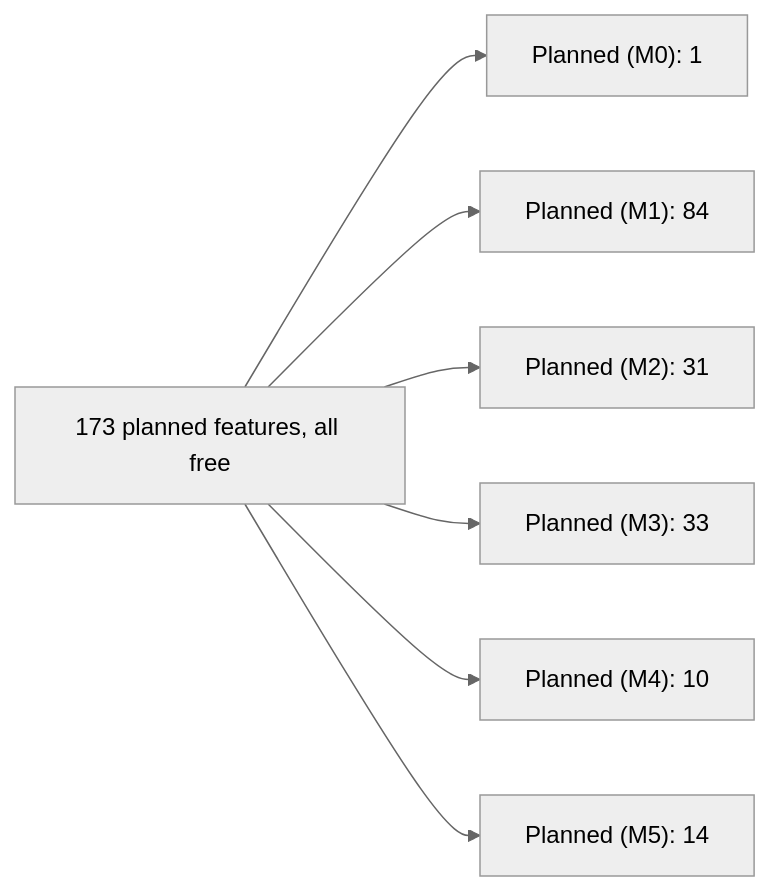
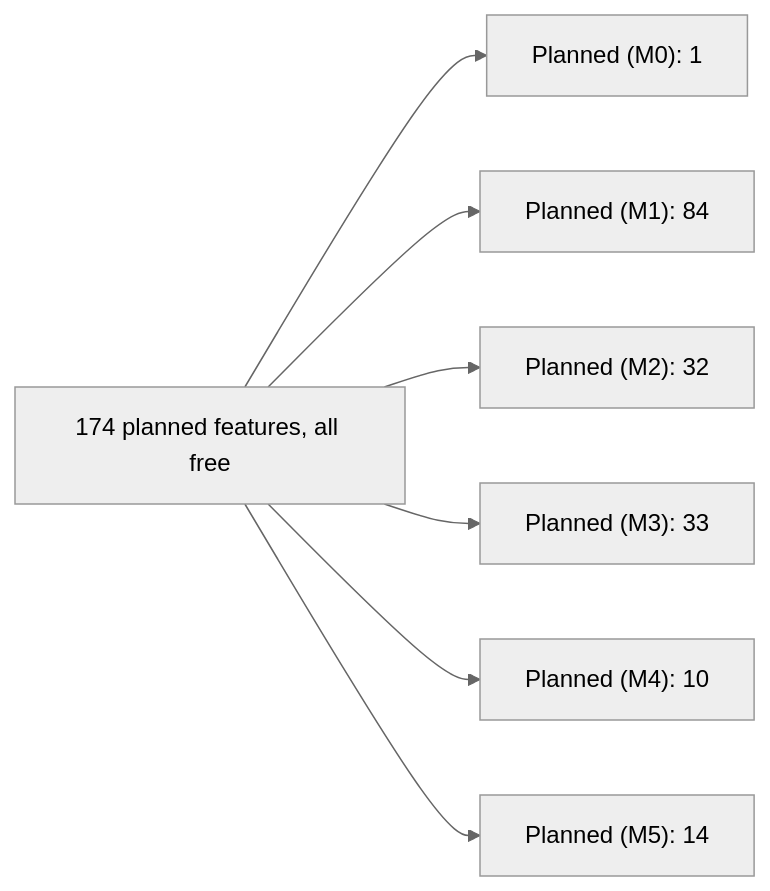
The second of 2 diagrams in docs/features/01-feature-catalog.md (ravindu-rev/ruralz), drawn with Mermaid (neutral theme) before and after one commit. The commit also changed other lines of this file and 10 other files, not shown here.

````diff
--- a/docs/features/01-feature-catalog.md
+++ b/docs/features/01-feature-catalog.md
@@ -349,9 +350,9 @@
 ```mermaid
 flowchart LR
-    C["173 planned features, all free"] --> M0["Planned (M0): 1"]
+    C["174 planned features, all free"] --> M0["Planned (M0): 1"]
     C --> M1["Planned (M1): 84"]
-    C --> M2["Planned (M2): 31"]
+    C --> M2["Planned (M2): 32"]
     C --> M3["Planned (M3): 33"]
     C --> M4["Planned (M4): 10"]
     C --> M5["Planned (M5): 14"]
 ```
````
